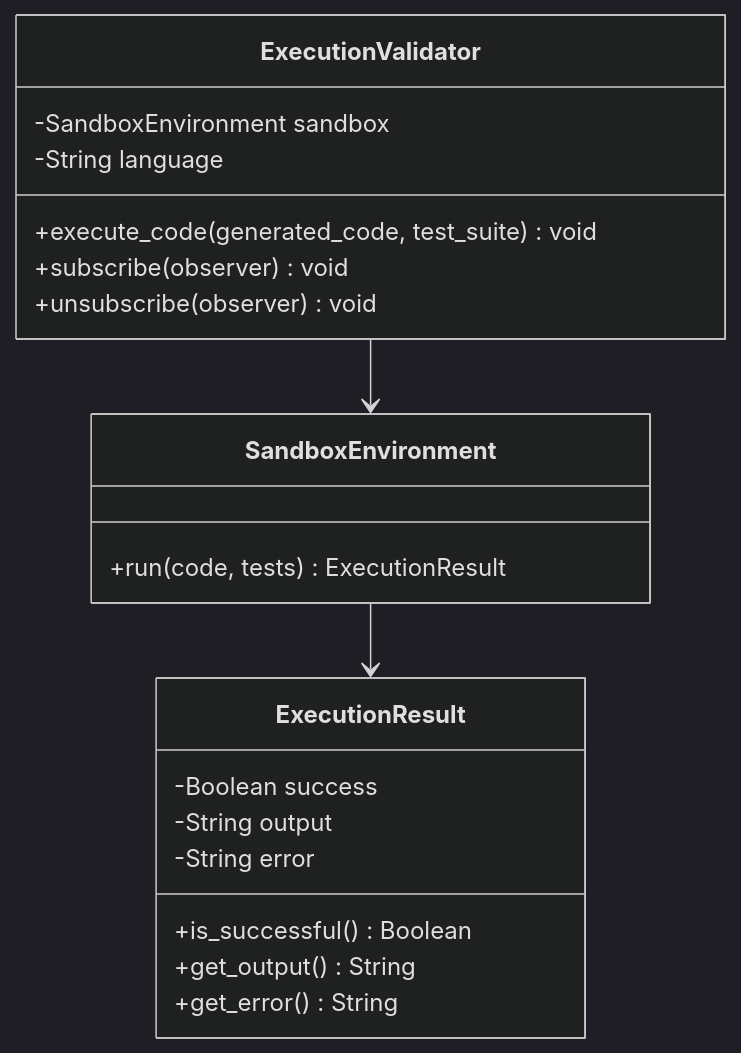
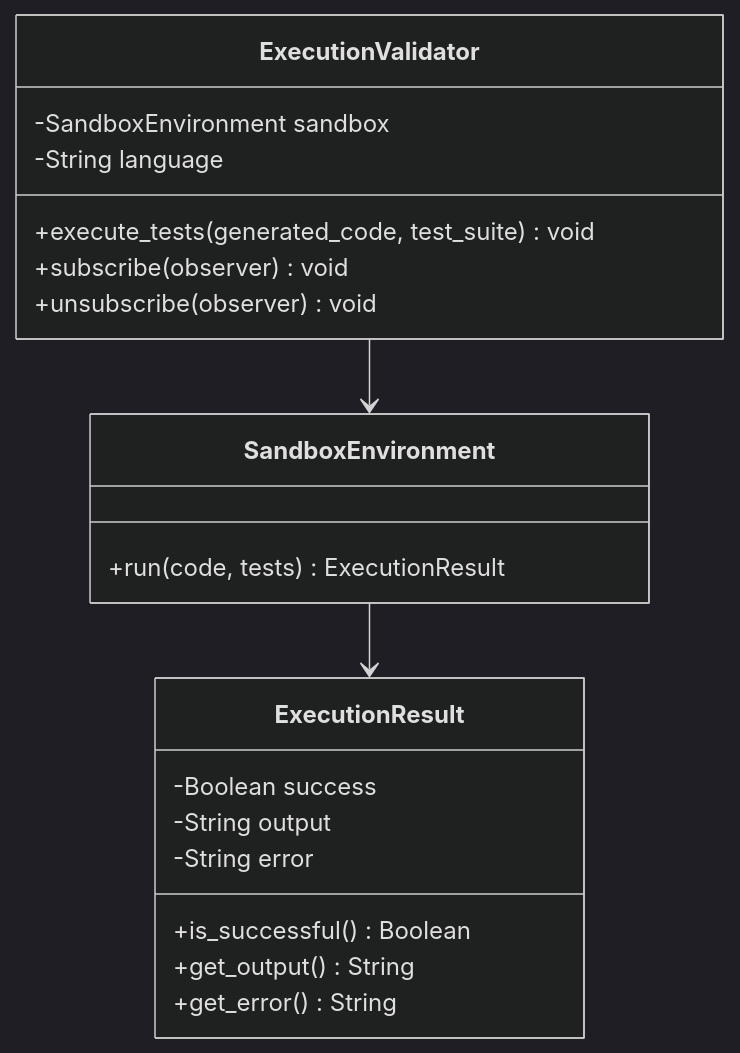
One commit to FilippoGurioli/test-2-code-llm changed the sixth of 7 diagrams in docs/design.md. Above: the diagram before and after it, drawn with Mermaid (dark theme). The commit also changed other lines of this file, not shown here.

Commit message:
docs: update doc accordingly with new method names

````diff
--- a/docs/design.md
+++ b/docs/design.md
@@ -214,31 +214,31 @@
 ```mermaid
 ---
   config:
     class:
       hideEmptyMembersBox: true
 ---
 classDiagram
     class ExecutionValidator {
         -SandboxEnvironment sandbox
         -String language
-        +execute_code(generated_code, test_suite) void
+        +execute_tests(generated_code, test_suite) void
         +subscribe(observer) void
         +unsubscribe(observer) void
     }
 
     class SandboxEnvironment {
         +run(code, tests) ExecutionResult
     }
 
     class ExecutionResult {
         -Boolean success
         -String output
         -String error
         +is_successful() Boolean
         +get_output() String
         +get_error() String
     }
 
     ExecutionValidator --> SandboxEnvironment
     SandboxEnvironment --> ExecutionResult
 ```
````
